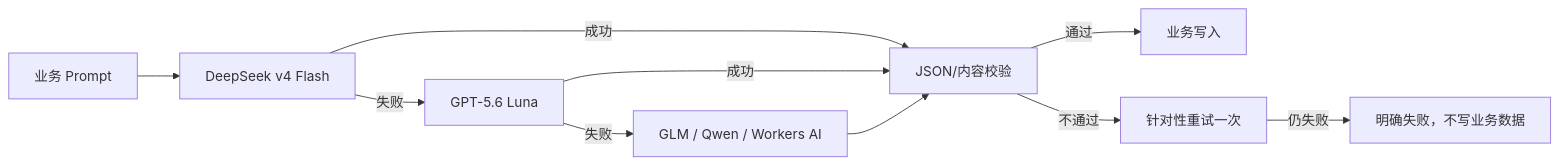
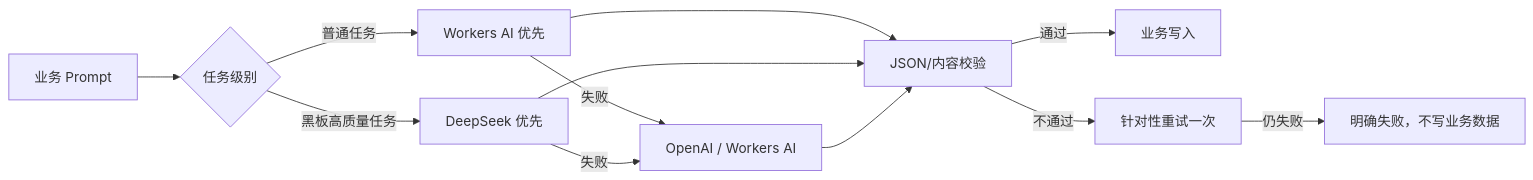
The first of 4 diagrams in docs/06-AI与接口调用链.md (Labixy1/chestnut-courtyard), drawn with Mermaid before and after one commit. The commit also changed other lines of this file and 7 other files, not shown here.

````diff
--- a/docs/06-AI与接口调用链.md
+++ b/docs/06-AI与接口调用链.md
@@ -15,12 +15,14 @@
 ```mermaid
 flowchart LR
-  Request["业务 Prompt"] --> Primary["DeepSeek v4 Flash"]
-  Primary -->|成功| Validate["JSON/内容校验"]
-  Primary -->|失败| Fallback["GPT-5.6 Luna"]
-  Fallback -->|成功| Validate
-  Fallback -->|失败| Optional["GLM / Qwen / Workers AI"]
-  Optional --> Validate
+  Request["业务 Prompt"] --> Route{"任务级别"}
+  Route -->|普通任务| Budget["Workers AI 优先"]
+  Route -->|黑板高质量任务| Quality["DeepSeek 优先"]
+  Budget --> Validate["JSON/内容校验"]
+  Quality --> Validate
+  Budget -->|失败| Fallback["DeepSeek / 其他已配置模型"]
+  Quality -->|失败| Fallback["OpenAI / Workers AI"]
+  Fallback --> Validate
   Validate -->|通过| Persist["业务写入"]
   Validate -->|不通过| Retry["针对性重试一次"]
   Retry -->|仍失败| Error["明确失败，不写业务数据"]
 ```
````
